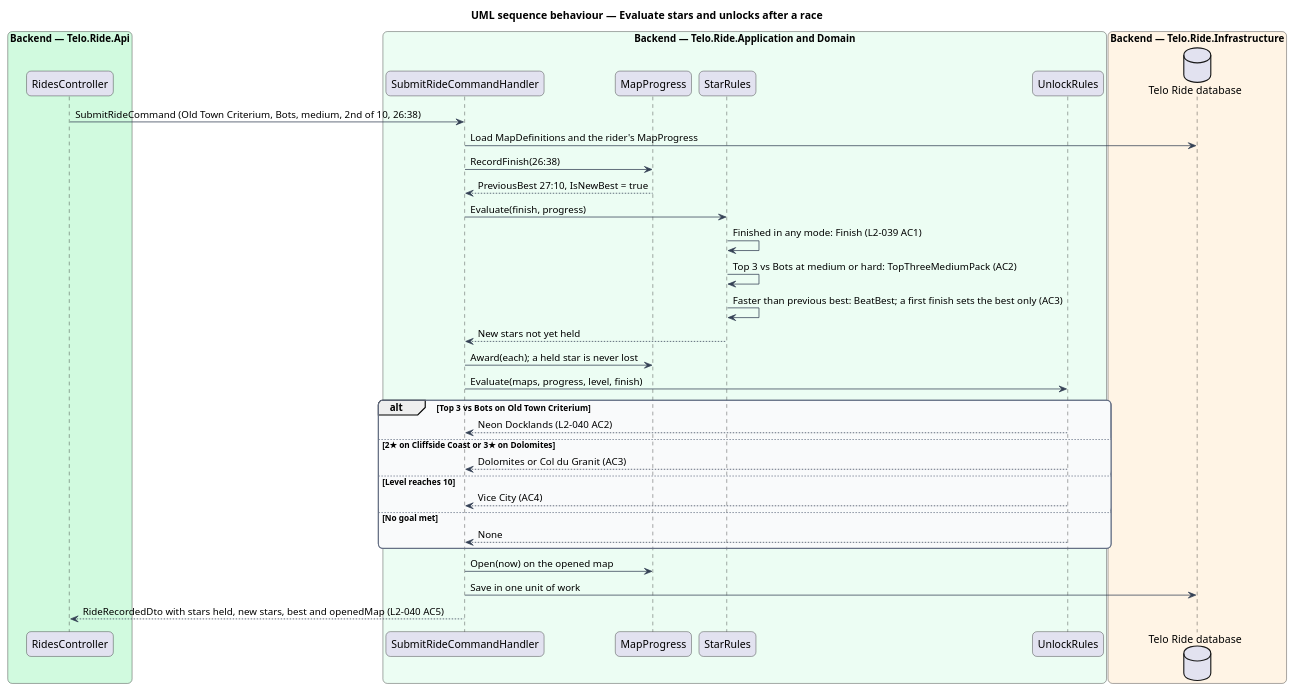
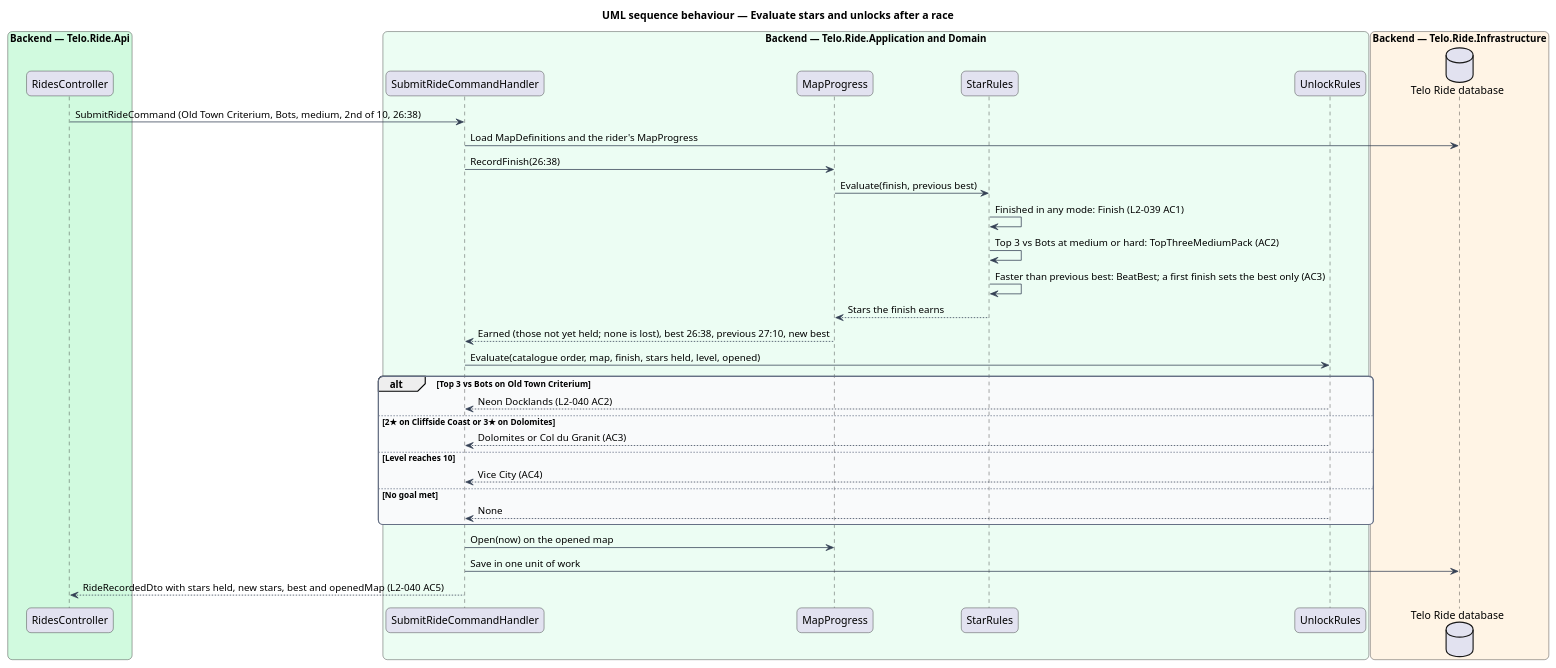
Before and after one commit to QuinntyneBrown/ride-one: the diagram in docs/detailed-designs/progression/earn-stars-and-unlock-maps/diagrams/sequence-evaluate-stars-and-unlocks.puml, drawn with PlantUML. The commit also changed 9 other files, not shown here.

First line of the commit message:
Bring the stars and unlocks design in line with what was built

```diff
--- a/docs/detailed-designs/progression/earn-stars-and-unlock-maps/diagrams/sequence-evaluate-stars-and-unlocks.puml
+++ b/docs/detailed-designs/progression/earn-stars-and-unlock-maps/diagrams/sequence-evaluate-stars-and-unlocks.puml
@@ -1,52 +1,51 @@
 @startuml
 title UML sequence behaviour — Evaluate stars and unlocks after a race
 skinparam backgroundColor #FFFFFF
 skinparam shadowing false
 skinparam roundcorner 12
 skinparam defaultFontName Arial
 skinparam ArrowColor #344054
 skinparam rectangle {
   BorderColor #344054
   FontColor #101828
 }
 skinparam package {
   BorderColor #667085
   FontColor #101828
   BackgroundColor #F9FAFB
 }
 box "Backend — Telo.Ride.Api" #D1FADF
   participant "RidesController" as ctrl
 end box
 box "Backend — Telo.Ride.Application and Domain" #ECFDF3
   participant "SubmitRideCommandHandler" as handler
   participant "MapProgress" as mp
   participant "StarRules" as stars
   participant "UnlockRules" as unlocks
 end box
 box "Backend — Telo.Ride.Infrastructure" #FFF4E5
   database "Telo Ride database" as db
 end box
 ctrl -> handler : SubmitRideCommand (Old Town Criterium, Bots, medium, 2nd of 10, 26:38)
 handler -> db : Load MapDefinitions and the rider's MapProgress
 handler -> mp : RecordFinish(26:38)
-mp --> handler : PreviousBest 27:10, IsNewBest = true
-handler -> stars : Evaluate(finish, progress)
+mp -> stars : Evaluate(finish, previous best)
 stars -> stars : Finished in any mode: Finish (L2-039 AC1)
 stars -> stars : Top 3 vs Bots at medium or hard: TopThreeMediumPack (AC2)
 stars -> stars : Faster than previous best: BeatBest; a first finish sets the best only (AC3)
-stars --> handler : New stars not yet held
-handler -> mp : Award(each); a held star is never lost
-handler -> unlocks : Evaluate(maps, progress, level, finish)
+stars --> mp : Stars the finish earns
+mp --> handler : Earned (those not yet held; none is lost), best 26:38, previous 27:10, new best
+handler -> unlocks : Evaluate(catalogue order, map, finish, stars held, level, opened)
 alt Top 3 vs Bots on Old Town Criterium
   unlocks --> handler : Neon Docklands (L2-040 AC2)
 else 2★ on Cliffside Coast or 3★ on Dolomites
   unlocks --> handler : Dolomites or Col du Granit (AC3)
 else Level reaches 10
   unlocks --> handler : Vice City (AC4)
 else No goal met
   unlocks --> handler : None
 end
 handler -> mp : Open(now) on the opened map
 handler -> db : Save in one unit of work
 handler --> ctrl : RideRecordedDto with stars held, new stars, best and openedMap (L2-040 AC5)
 @enduml
```
